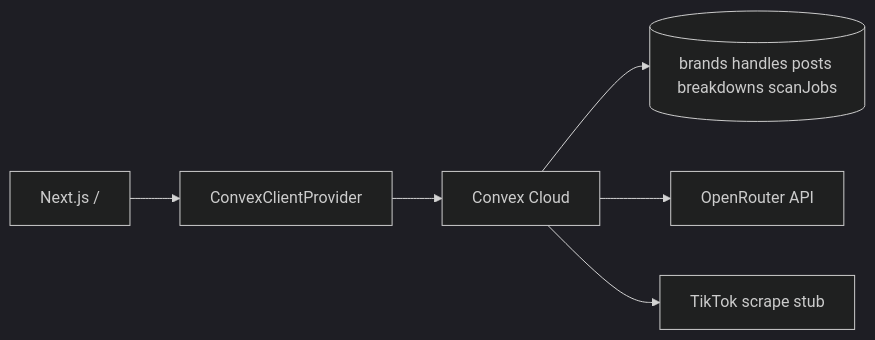
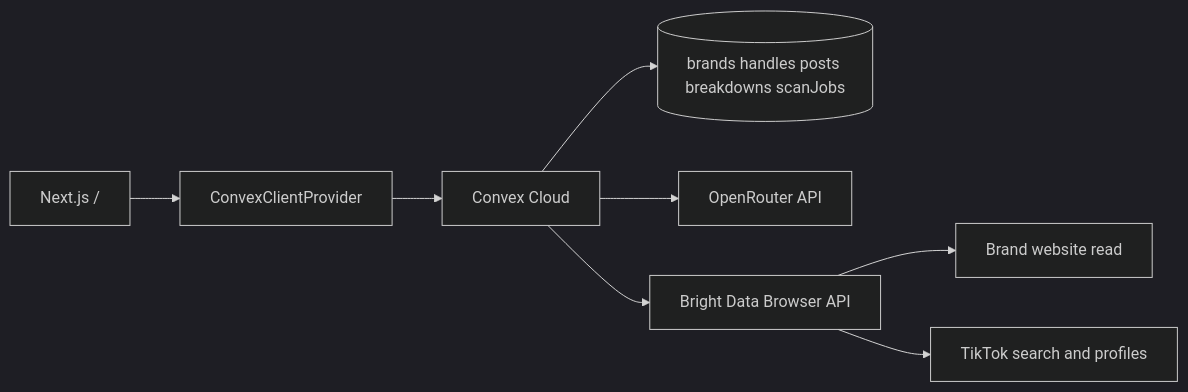
One commit to sid-kiwilab/viralradar changed the diagram in docs/LIVE.md. Above: the diagram before and after it, drawn with Mermaid (dark theme). The commit also changed other lines of this file and 26 other files, not shown here.

````diff
--- a/docs/LIVE.md
+++ b/docs/LIVE.md
@@ -35,8 +35,10 @@
 ```mermaid
 flowchart LR
   Home["Next.js /"] --> ConvexClient[ConvexClientProvider]
   ConvexClient --> ConvexCloud[Convex Cloud]
   ConvexCloud --> Schema[(brands handles posts breakdowns scanJobs)]
   ConvexCloud --> OpenRouter[OpenRouter API]
-  ConvexCloud --> ScrapeStub[TikTok scrape stub]
+  ConvexCloud --> BrowserAPI[Bright Data Browser API]
+  BrowserAPI --> BrandSite[Brand website read]
+  BrowserAPI --> TikTok[TikTok search and profiles]
 ```
````
